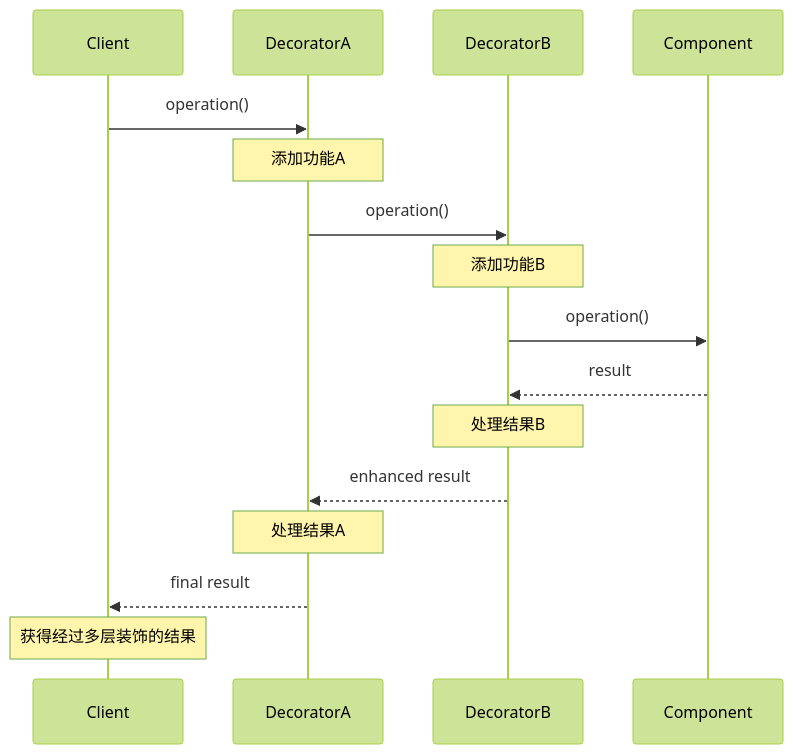
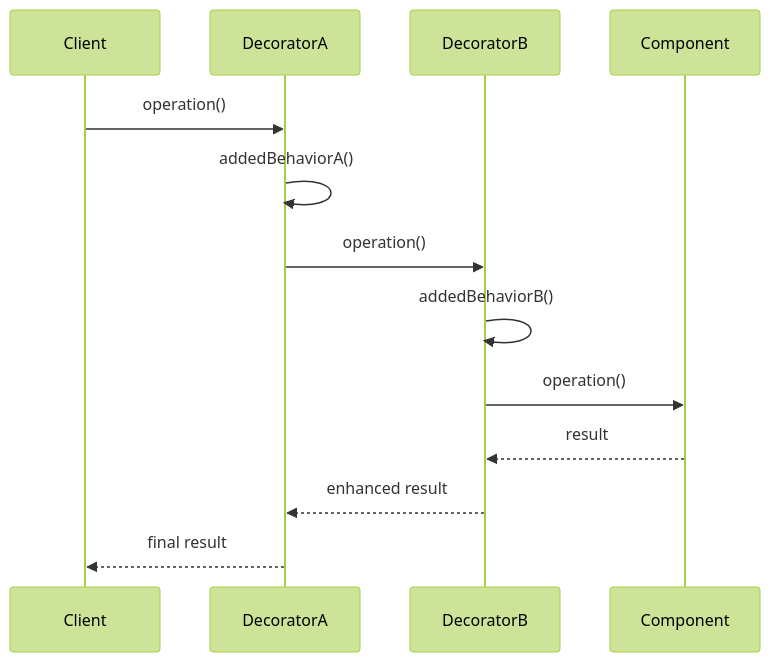
The second of 2 diagrams in resources/design-patterns/laravel/structural/decorator_zh.md (fanly/DesignPattern), drawn with Mermaid (forest theme) before and after one commit. The commit also changed other lines of this file and 103 other files, not shown here.

````diff
--- a/resources/design-patterns/laravel/structural/decorator_zh.md
+++ b/resources/design-patterns/laravel/structural/decorator_zh.md
@@ -98,20 +652,16 @@
 ```mermaid
 sequenceDiagram
     participant Client
     participant DecoratorA
     participant DecoratorB
     participant Component
     
     Client->>DecoratorA: operation()
-    Note over DecoratorA: 添加功能A
+    DecoratorA->>DecoratorA: addedBehaviorA()
     DecoratorA->>DecoratorB: operation()
-    Note over DecoratorB: 添加功能B
+    DecoratorB->>DecoratorB: addedBehaviorB()
     DecoratorB->>Component: operation()
     Component-->>DecoratorB: result
-    Note over DecoratorB: 处理结果B
     DecoratorB-->>DecoratorA: enhanced result
-    Note over DecoratorA: 处理结果A
     DecoratorA-->>Client: final result
-    
-    Note over Client: 获得经过多层装饰的结果
 ```
````
